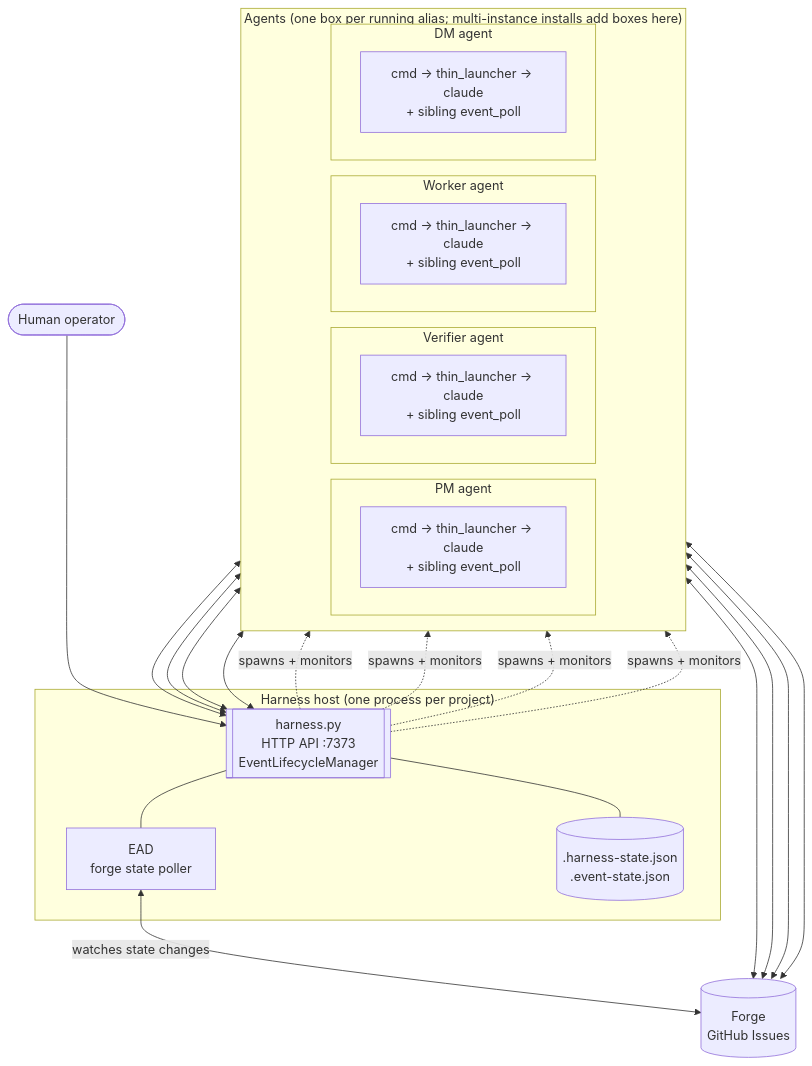
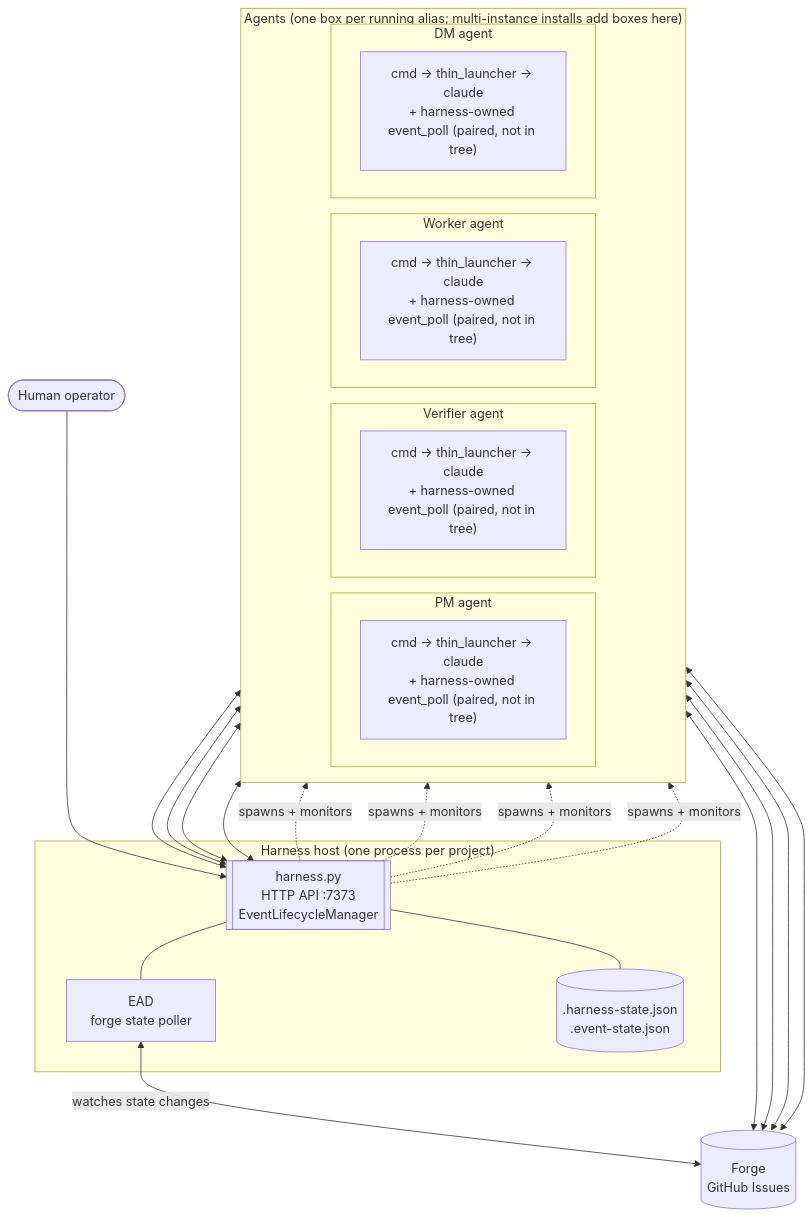
The second of 15 diagrams in docs/AGENT-RUNTIME.md (WallyDoodlez/SquidSquad), drawn with Mermaid before and after one commit. The commit also changed other lines of this file and 3 other files, not shown here.

First line of the commit message:
docs: close pre-existing gaps — event_poll placement + respawn + 6 polish fixes

````diff
--- a/docs/AGENT-RUNTIME.md
+++ b/docs/AGENT-RUNTIME.md
@@ -117,49 +117,49 @@
 ```mermaid
 flowchart TB
     Operator(["Human operator"])
 
     subgraph harness_box["Harness host (one process per project)"]
         Harness[["harness.py<br/>HTTP API :7373<br/>EventLifecycleManager"]]
         EAD["EAD<br/>forge state poller"]
         StateFiles[(".harness-state.json<br/>.event-state.json")]
         Harness --- EAD
         Harness --- StateFiles
     end
 
     Forge[("Forge<br/>GitHub Issues")]
 
     subgraph agents_row["Agents (one box per running alias; multi-instance installs add boxes here)"]
         direction LR
         subgraph pm_box["PM agent"]
-            PMTree["cmd → thin_launcher → claude<br/>+ sibling event_poll"]
+            PMTree["cmd → thin_launcher → claude<br/>+ harness-owned event_poll (paired, not in tree)"]
         end
         subgraph verifier_box["Verifier agent"]
-            VerifierTree["cmd → thin_launcher → claude<br/>+ sibling event_poll"]
+            VerifierTree["cmd → thin_launcher → claude<br/>+ harness-owned event_poll (paired, not in tree)"]
         end
         subgraph worker_box["Worker agent"]
-            WorkerTree["cmd → thin_launcher → claude<br/>+ sibling event_poll"]
+            WorkerTree["cmd → thin_launcher → claude<br/>+ harness-owned event_poll (paired, not in tree)"]
         end
         subgraph dm_box["DM agent"]
-            DMTree["cmd → thin_launcher → claude<br/>+ sibling event_poll"]
+            DMTree["cmd → thin_launcher → claude<br/>+ harness-owned event_poll (paired, not in tree)"]
         end
     end
 
     Operator --> Harness
 
     Harness -.->|spawns + monitors| PMTree
     Harness -.->|spawns + monitors| VerifierTree
     Harness -.->|spawns + monitors| WorkerTree
     Harness -.->|spawns + monitors| DMTree
 
     PMTree <--> Harness
     VerifierTree <--> Harness
     WorkerTree <--> Harness
     DMTree <--> Harness
 
     PMTree <--> Forge
     VerifierTree <--> Forge
     WorkerTree <--> Forge
     DMTree <--> Forge
 
     EAD <-->|watches state changes| Forge
 ```
````
